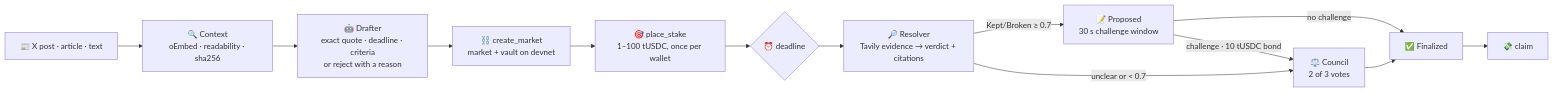
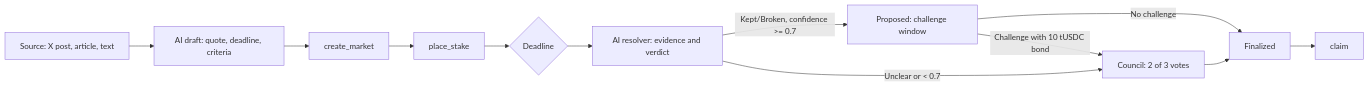
Before and after one commit to Neilyoo98/GDSC-Hactoberfest: the diagram in README.md, drawn with Mermaid. The commit also changed other lines of this file and 2 other files, not shown here.

````diff
--- a/README.md
+++ b/README.md
@@ -65,15 +23,14 @@
 ```mermaid
 flowchart LR
-    src["📰 X post · article · text"] --> ctx["🔍 Context<br/>oEmbed · readability · sha256"]
-    ctx --> draft["🤖 Drafter<br/>exact quote · deadline · criteria<br/>or reject with a reason"]
-    draft --> create["⛓️ create_market<br/>market + vault on devnet"]
-    create --> stake["🎯 place_stake<br/>1–100 tUSDC, once per wallet"]
-    stake --> deadline{"⏰ deadline"}
-    deadline --> resolve["🔎 Resolver<br/>Tavily evidence → verdict + citations"]
-    resolve -- "Kept/Broken ≥ 0.7" --> proposed["📝 Proposed<br/>30 s challenge window"]
-    resolve -- "unclear or < 0.7" --> council
-    proposed -- "no challenge" --> final["✅ Finalized"]
-    proposed -- "challenge · 10 tUSDC bond" --> council["⚖️ Council<br/>2 of 3 votes"]
-    council --> final
-    final --> claim["💸 claim"]
+    A[Source: X post, article, text] --> B[AI draft: quote, deadline, criteria]
+    B --> C[create_market]
+    C --> D[place_stake]
+    D --> E{Deadline}
+    E --> F[AI resolver: evidence and verdict]
+    F -- "Kept/Broken, confidence >= 0.7" --> G[Proposed: challenge window]
+    F -- "Unclear or < 0.7" --> H[Council: 2 of 3 votes]
+    G -- "No challenge" --> I[Finalized]
+    G -- "Challenge with 10 tUSDC bond" --> H
+    H --> I
+    I --> J[claim]
 ```
````
